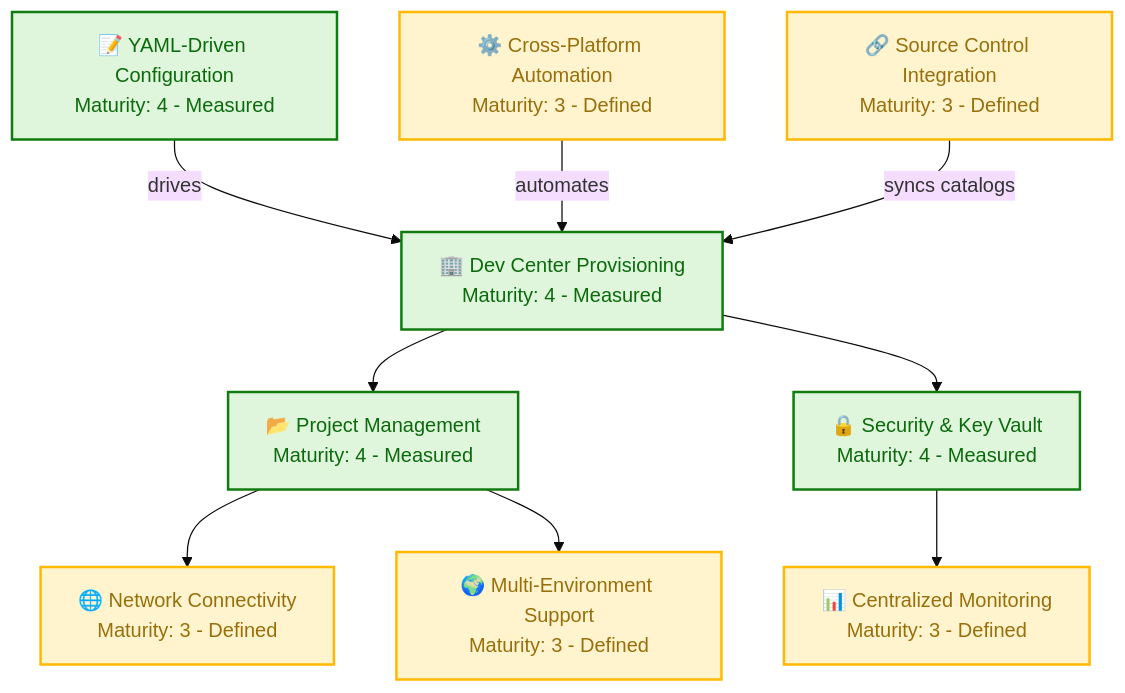
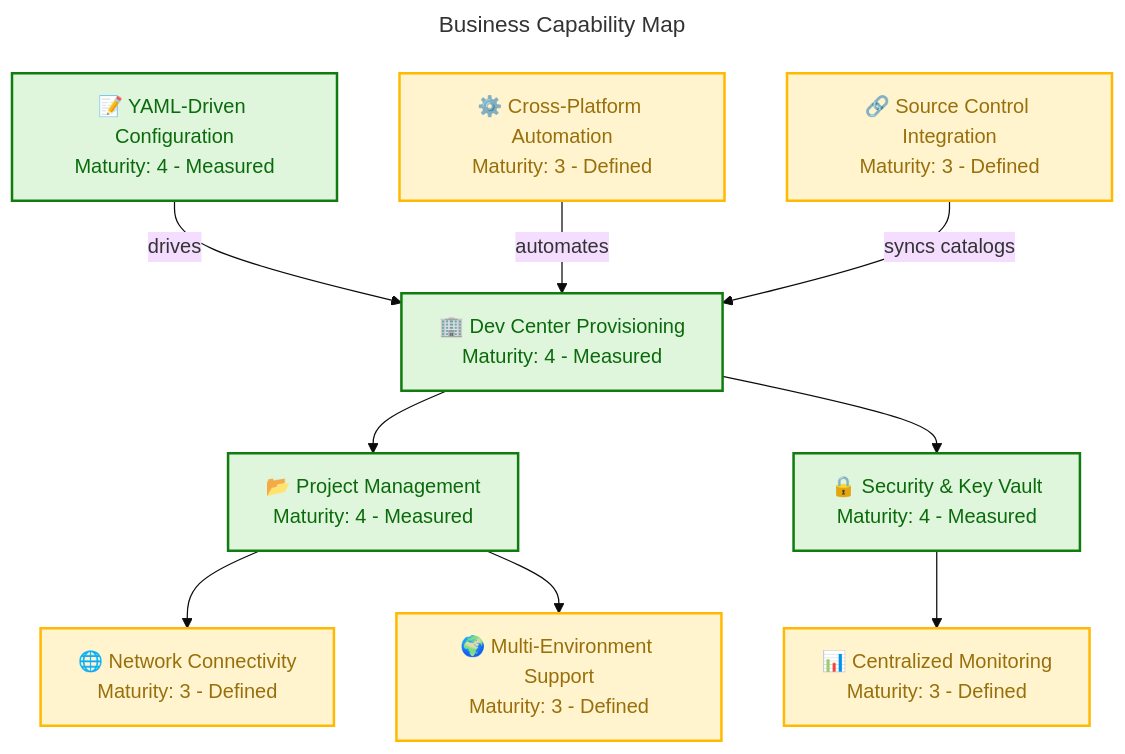
Before and after one commit to Evilazaro/DevExp-DevBox: the first of 4 diagrams in docs/architecture/business-architecture.md, drawn with Mermaid. The commit also changed other lines of this file and 1 other file, not shown here.

Commit message:
docs: enhance data and business architecture diagrams with improved styling for clarity

````diff
--- a/docs/architecture/business-architecture.md
+++ b/docs/architecture/business-architecture.md
@@ -65,46 +65,47 @@
 ```mermaid
 ---
+title: Business Capability Map
 config:
   theme: base
   look: classic
   layout: dagre
   themeVariables:
     fontSize: '16px'
 ---
 flowchart TB
     accTitle: Business Capability Map
     accDescr: Shows 9 core business capabilities with maturity levels and dependency relationships for the DevExp-DevBox platform
 
     %% ═══════════════════════════════════════════════════════════════════════════
     %% AZURE / FLUENT ARCHITECTURE PATTERN v1.1
     %% (Semantic + Structural + Font + Accessibility Governance)
     %% ═══════════════════════════════════════════════════════════════════════════
     %% PHASE 1 - STRUCTURAL: Direction explicit, flat topology, nesting ≤ 3
     %% PHASE 2 - SEMANTIC: Colors justified, max 5 semantic classes, neutral-first
     %% PHASE 3 - FONT: Dark text on light backgrounds, contrast ≥ 4.5:1
     %% PHASE 4 - ACCESSIBILITY: accTitle/accDescr present, icons on all nodes
     %% PHASE 5 - STANDARD: Governance block present, classDefs centralized
     %% ═══════════════════════════════════════════════════════════════════════════
 
     cap1["🏢 Dev Center Provisioning<br/>Maturity: 4 - Measured"]:::success
     cap2["📂 Project Management<br/>Maturity: 4 - Measured"]:::success
     cap3["📝 YAML-Driven Configuration<br/>Maturity: 4 - Measured"]:::success
     cap4["🌐 Network Connectivity<br/>Maturity: 3 - Defined"]:::warning
     cap5["🔒 Security & Key Vault<br/>Maturity: 4 - Measured"]:::success
     cap6["📊 Centralized Monitoring<br/>Maturity: 3 - Defined"]:::warning
     cap7["🌍 Multi-Environment Support<br/>Maturity: 3 - Defined"]:::warning
     cap8["⚙️ Cross-Platform Automation<br/>Maturity: 3 - Defined"]:::warning
     cap9["🔗 Source Control Integration<br/>Maturity: 3 - Defined"]:::warning
 
     cap3 -->|"drives"| cap1
     cap1 --> cap2
     cap1 --> cap5
     cap2 --> cap4
     cap2 --> cap7
     cap5 --> cap6
     cap8 -->|"automates"| cap1
     cap9 -->|"syncs catalogs"| cap1
 
     classDef success fill:#DFF6DD,stroke:#107C10,stroke-width:2px,color:#0B6A0B
     classDef warning fill:#FFF4CE,stroke:#FFB900,stroke-width:2px,color:#986F0B
 ```
````
